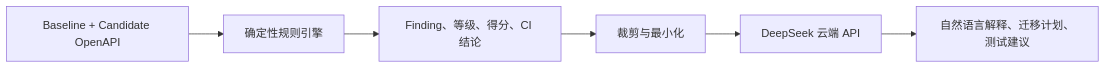
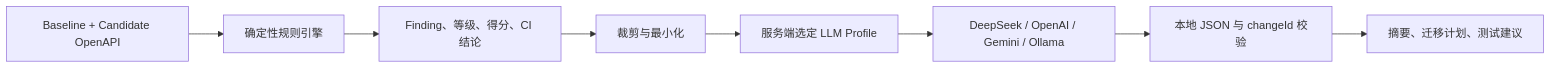
The diagram in docs/ai-report-interpreter.md (mingxian233/ContractGuard), drawn with Mermaid before and after one commit. The commit also changed other lines of this file and 59 other files, not shown here.

````diff
--- a/docs/ai-report-interpreter.md
+++ b/docs/ai-report-interpreter.md
@@ -9,8 +9,10 @@
 ```mermaid
 flowchart LR
     O[Baseline + Candidate OpenAPI] --> R[确定性规则引擎]
     R --> F[Finding、等级、得分、CI 结论]
     F --> C[裁剪与最小化]
-    C --> D[DeepSeek 云端 API]
-    D --> E[自然语言解释、迁移计划、测试建议]
+    C --> P[服务端选定 LLM Profile]
+    P --> L[DeepSeek / OpenAI / Gemini / Ollama]
+    L --> V[本地 JSON 与 changeId 校验]
+    V --> E[摘要、迁移计划、测试建议]
 ```
````
